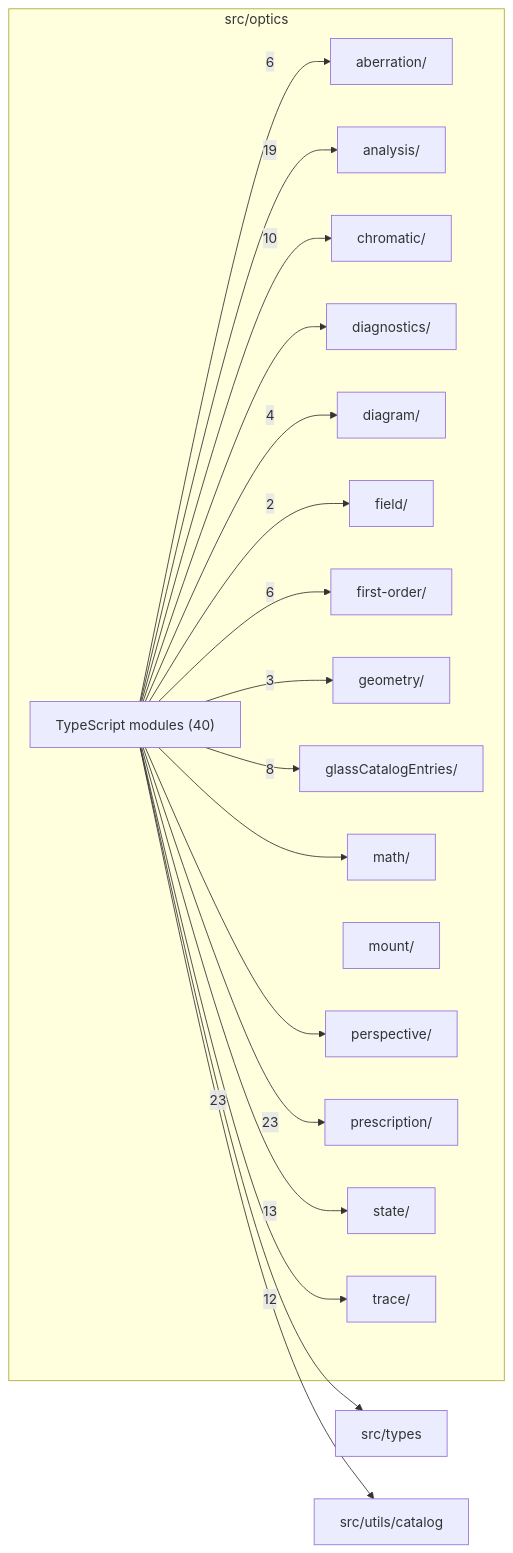
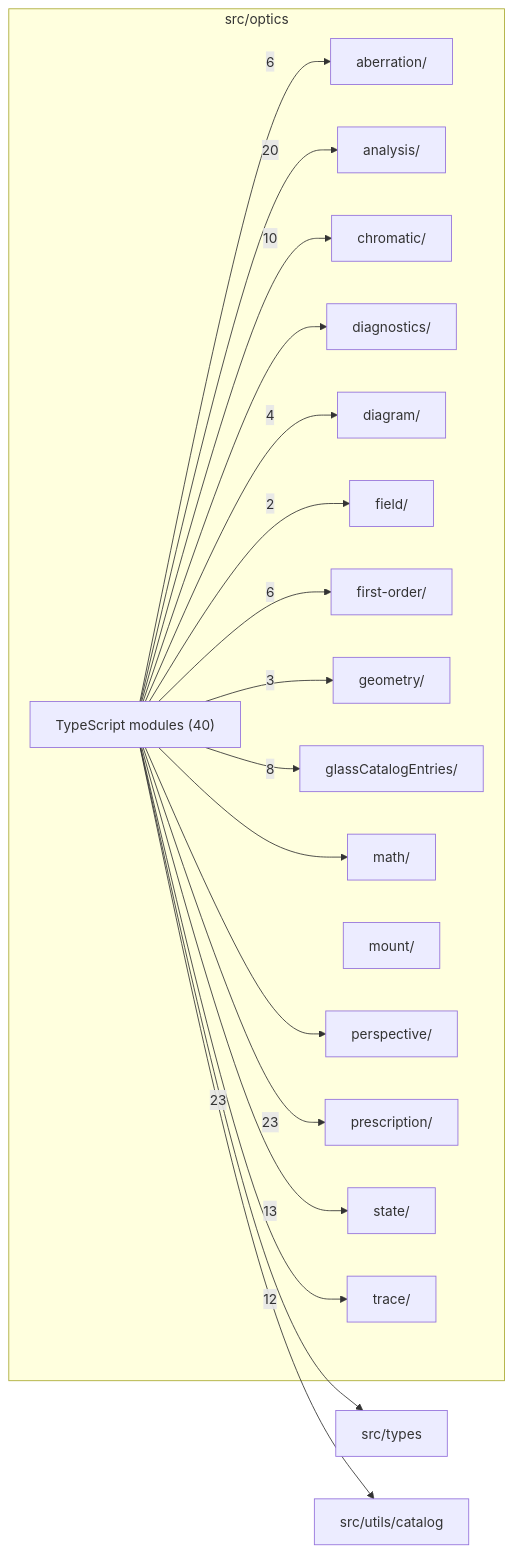
The diagram in src/optics/readme.md (BeamFour/LensVisualizer), drawn with Mermaid before and after one commit. The commit also changed other lines of this file and 15 other files, not shown here.

````diff
--- a/src/optics/readme.md
+++ b/src/optics/readme.md
@@ -9,39 +9,39 @@
 ```mermaid
 flowchart LR
   subgraph n_src_optics["src/optics"]
     n_src_optics_src_optics_aberration["aberration/"]
     n_src_optics_src_optics_analysis["analysis/"]
     n_src_optics_src_optics_chromatic["chromatic/"]
     n_src_optics_src_optics_diagnostics["diagnostics/"]
     n_src_optics_src_optics_diagram["diagram/"]
     n_src_optics_src_optics_field["field/"]
     n_src_optics_src_optics_first_order["first-order/"]
     n_src_optics_src_optics_geometry["geometry/"]
     n_src_optics_src_optics_glassCatalogEntries["glassCatalogEntries/"]
     n_src_optics_src_optics_math["math/"]
     n_src_optics_src_optics_mount["mount/"]
     n_src_optics_src_optics_perspective["perspective/"]
     n_src_optics_src_optics_prescription["prescription/"]
     n_src_optics_src_optics_state["state/"]
     n_src_optics_src_optics_trace["trace/"]
     n_src_optics_TypeScript_modules["TypeScript modules (40)"]
   end
   n_external_src_types["src/types"]
   n_external_src_utils_catalog["src/utils/catalog"]
   n_src_optics_TypeScript_modules --> |23| n_external_src_types
   n_src_optics_TypeScript_modules --> |23| n_src_optics_src_optics_prescription
-  n_src_optics_TypeScript_modules --> |19| n_src_optics_src_optics_analysis
+  n_src_optics_TypeScript_modules --> |20| n_src_optics_src_optics_analysis
   n_src_optics_TypeScript_modules --> |13| n_src_optics_src_optics_state
   n_src_optics_TypeScript_modules --> |12| n_src_optics_src_optics_trace
   n_src_optics_TypeScript_modules --> |10| n_src_optics_src_optics_chromatic
   n_src_optics_TypeScript_modules --> |8| n_src_optics_src_optics_glassCatalogEntries
   n_src_optics_TypeScript_modules --> |6| n_src_optics_src_optics_aberration
   n_src_optics_TypeScript_modules --> |6| n_src_optics_src_optics_first_order
   n_src_optics_TypeScript_modules --> |4| n_src_optics_src_optics_diagram
   n_src_optics_TypeScript_modules --> |3| n_src_optics_src_optics_geometry
   n_src_optics_TypeScript_modules --> |2| n_src_optics_src_optics_field
   n_src_optics_TypeScript_modules --> n_external_src_utils_catalog
   n_src_optics_TypeScript_modules --> n_src_optics_src_optics_diagnostics
   n_src_optics_TypeScript_modules --> n_src_optics_src_optics_math
   n_src_optics_TypeScript_modules --> n_src_optics_src_optics_perspective
 ```
````
